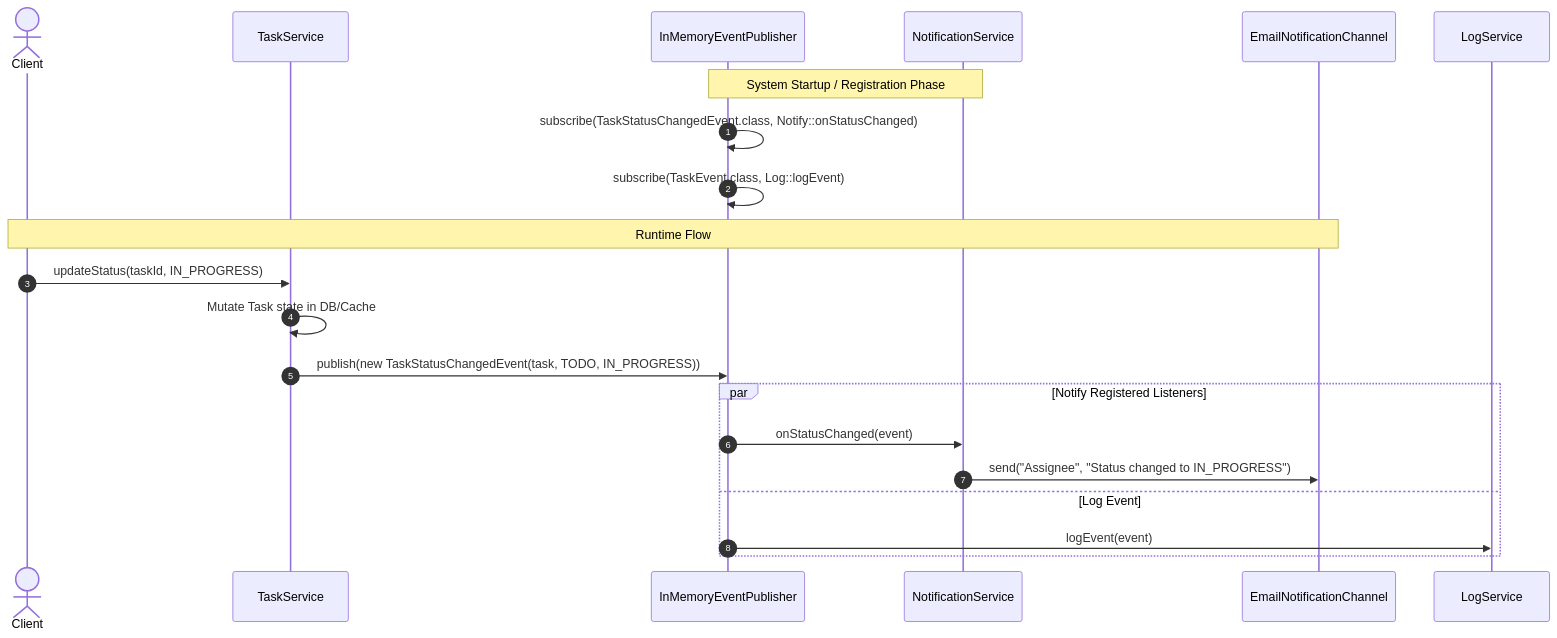
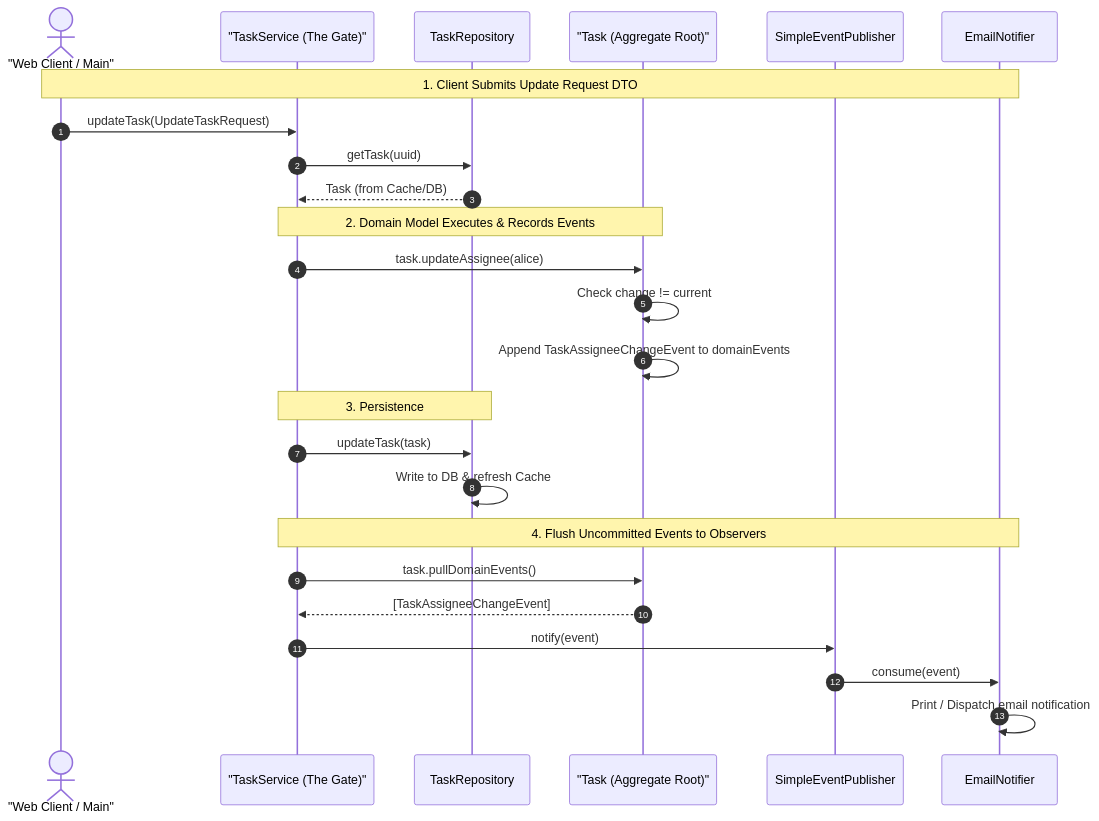
One commit to JyotimoyKashyap/system-design-labs changed the third of 5 diagrams in task-management-system/README.md. Above: the diagram before and after it, drawn with Mermaid. The commit also changed other lines of this file, not shown here.

````diff
--- a/task-management-system/README.md
+++ b/task-management-system/README.md
@@ -442,26 +449,31 @@
 ```mermaid
 sequenceDiagram
     autonumber
-    actor Client
-    participant Service as TaskService
-    participant Publisher as InMemoryEventPublisher
-    participant Notify as NotificationService
-    participant Channel as EmailNotificationChannel
-    participant Log as LogService
+    actor Client as "Web Client / Main"
+    participant Service as "TaskService (The Gate)"
+    participant Repo as TaskRepository
+    participant Task as "Task (Aggregate Root)"
+    participant Pub as SimpleEventPublisher
+    participant Sub as EmailNotifier
 
-    Note over Publisher,Notify: System Startup / Registration Phase
-    Publisher->>Publisher: subscribe(TaskStatusChangedEvent.class, Notify::onStatusChanged)
-    Publisher->>Publisher: subscribe(TaskEvent.class, Log::logEvent)
+    Note over Client,Sub: 1. Client Submits Update Request DTO
+    Client->>Service: updateTask(UpdateTaskRequest)
+    Service->>Repo: getTask(uuid)
+    Repo-->>Service: Task (from Cache/DB)
 
-    Note over Client,Channel: Runtime Flow
-    Client->>Service: updateStatus(taskId, IN_PROGRESS)
-    Service->>Service: Mutate Task state in DB/Cache
-    Service->>Publisher: publish(new TaskStatusChangedEvent(task, TODO, IN_PROGRESS))
+    Note over Service,Task: 2. Domain Model Executes & Records Events
+    Service->>Task: task.updateAssignee(alice)
+    Task->>Task: Check change != current
+    Task->>Task: Append TaskAssigneeChangeEvent to domainEvents
 
-    par Notify Registered Listeners
-        Publisher->>Notify: onStatusChanged(event)
-        Notify->>Channel: send("Assignee", "Status changed to IN_PROGRESS")
-    and Log Event
-        Publisher->>Log: logEvent(event)
-    end
+    Note over Service,Repo: 3. Persistence
+    Service->>Repo: updateTask(task)
+    Repo->>Repo: Write to DB & refresh Cache
+
+    Note over Service,Sub: 4. Flush Uncommitted Events to Observers
+    Service->>Task: task.pullDomainEvents()
+    Task-->>Service: [TaskAssigneeChangeEvent]
+    Service->>Pub: notify(event)
+    Pub->>Sub: consume(event)
+    Sub->>Sub: Print / Dispatch email notification
 ```
````
